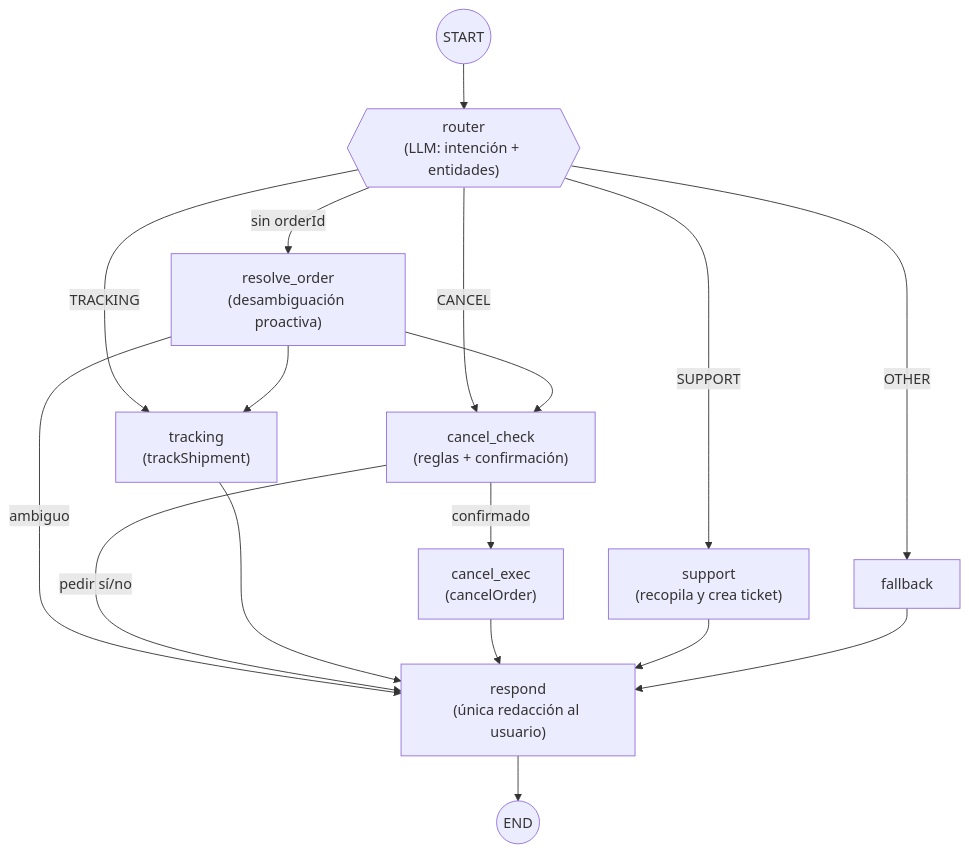
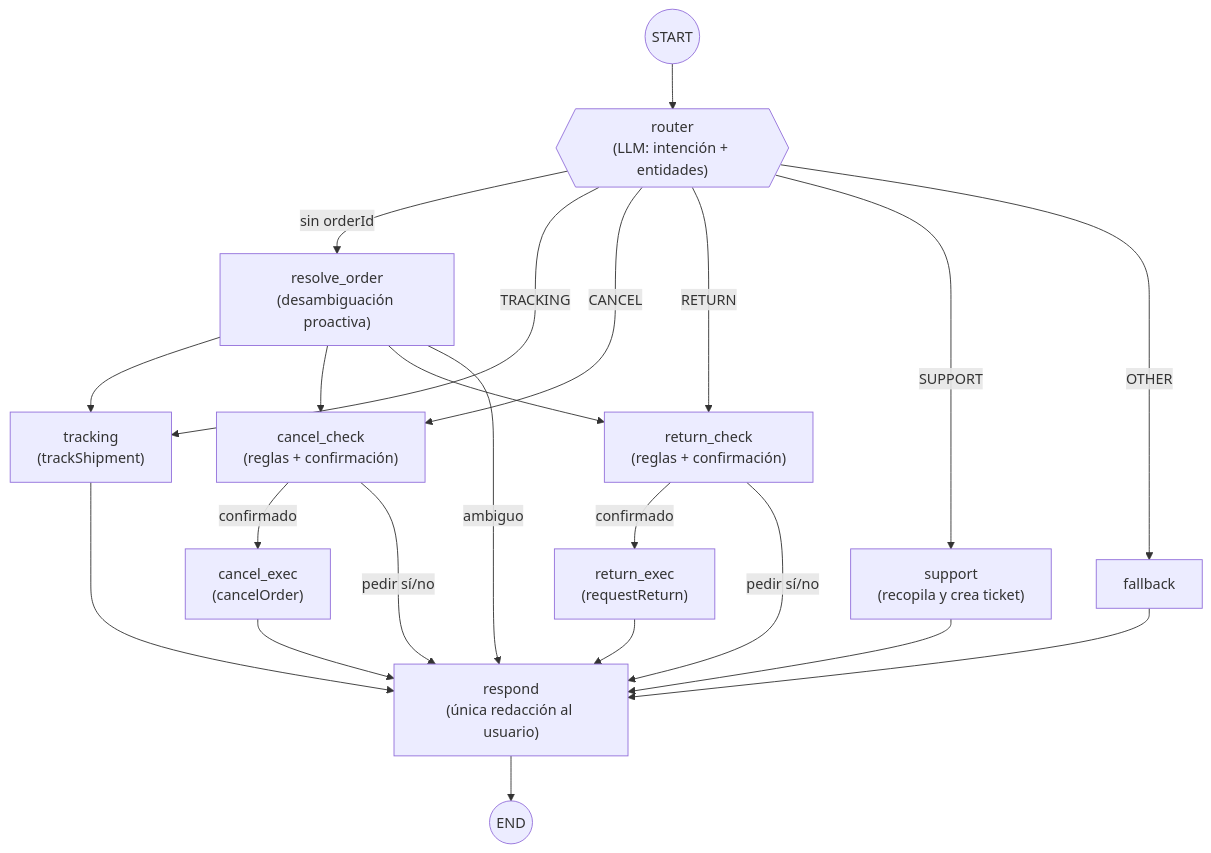
The diagram in README.md (mikel0ne/ai-platform-portfolio), drawn with Mermaid before and after one commit. The commit also changed other lines of this file and 7 other files, not shown here.

Commit message:
docs(l1-copilot): returns, ticket queries and navigation in the architecture

````diff
--- a/README.md
+++ b/README.md
@@ -26,15 +27,18 @@
 ```mermaid
 graph TB
     START((START)) --> router{{"router<br/>(LLM: intención + entidades)"}}
     router -->|sin orderId| resolve_order["resolve_order<br/>(desambiguación proactiva)"]
     router -->|TRACKING| tracking["tracking<br/>(trackShipment)"]
     router -->|CANCEL| cancel_check["cancel_check<br/>(reglas + confirmación)"]
+    router -->|RETURN| return_check["return_check<br/>(reglas + confirmación)"]
     router -->|SUPPORT| support["support<br/>(recopila y crea ticket)"]
     router -->|OTHER| fallback[fallback]
-    resolve_order --> tracking & cancel_check
+    resolve_order --> tracking & cancel_check & return_check
     resolve_order -->|ambiguo| respond
     cancel_check -->|confirmado| cancel_exec["cancel_exec<br/>(cancelOrder)"]
     cancel_check -->|pedir sí/no| respond
-    tracking & cancel_exec & support & fallback --> respond["respond<br/>(única redacción al usuario)"]
+    return_check -->|confirmado| return_exec["return_exec<br/>(requestReturn)"]
+    return_check -->|pedir sí/no| respond
+    tracking & cancel_exec & return_exec & support & fallback --> respond["respond<br/>(única redacción al usuario)"]
     respond --> END((END))
 ```
````
